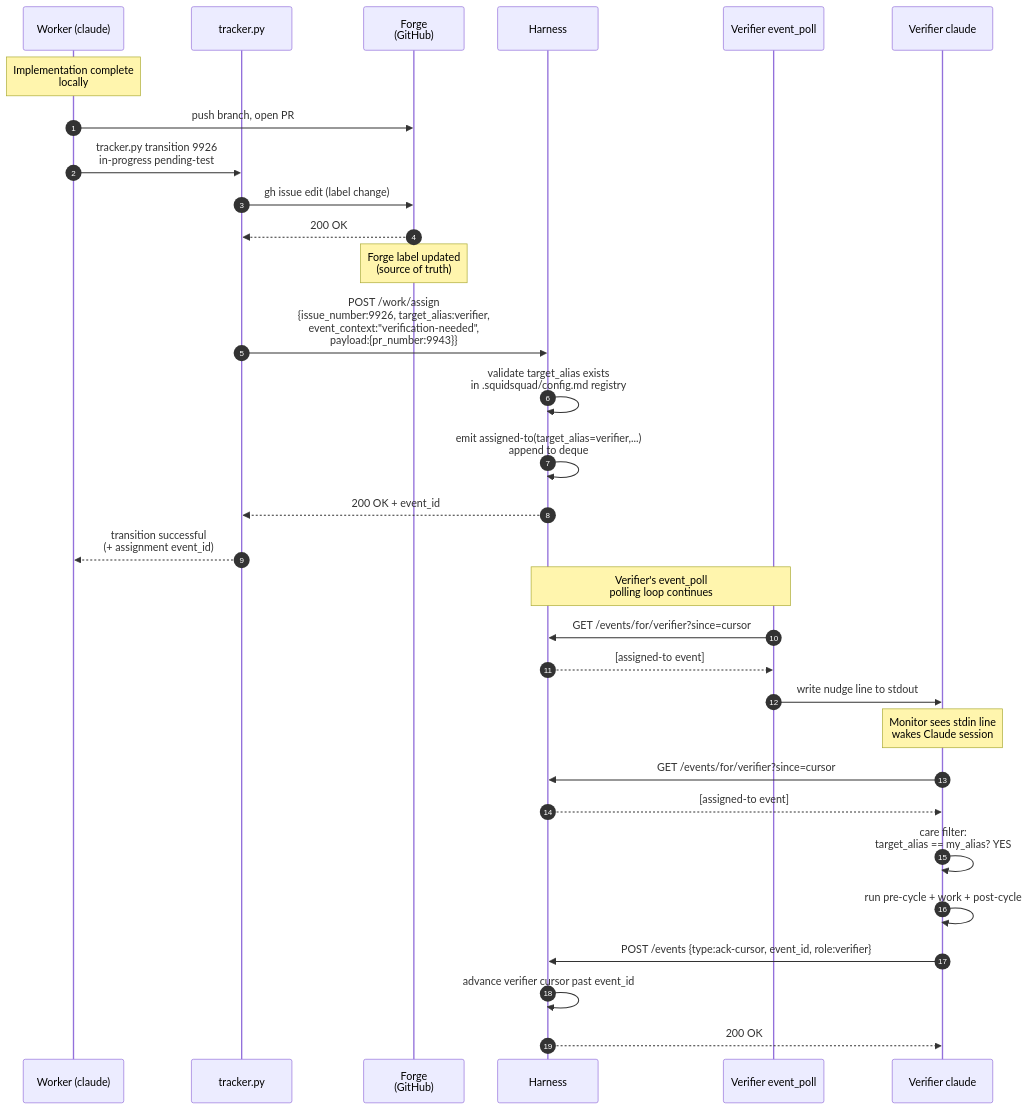
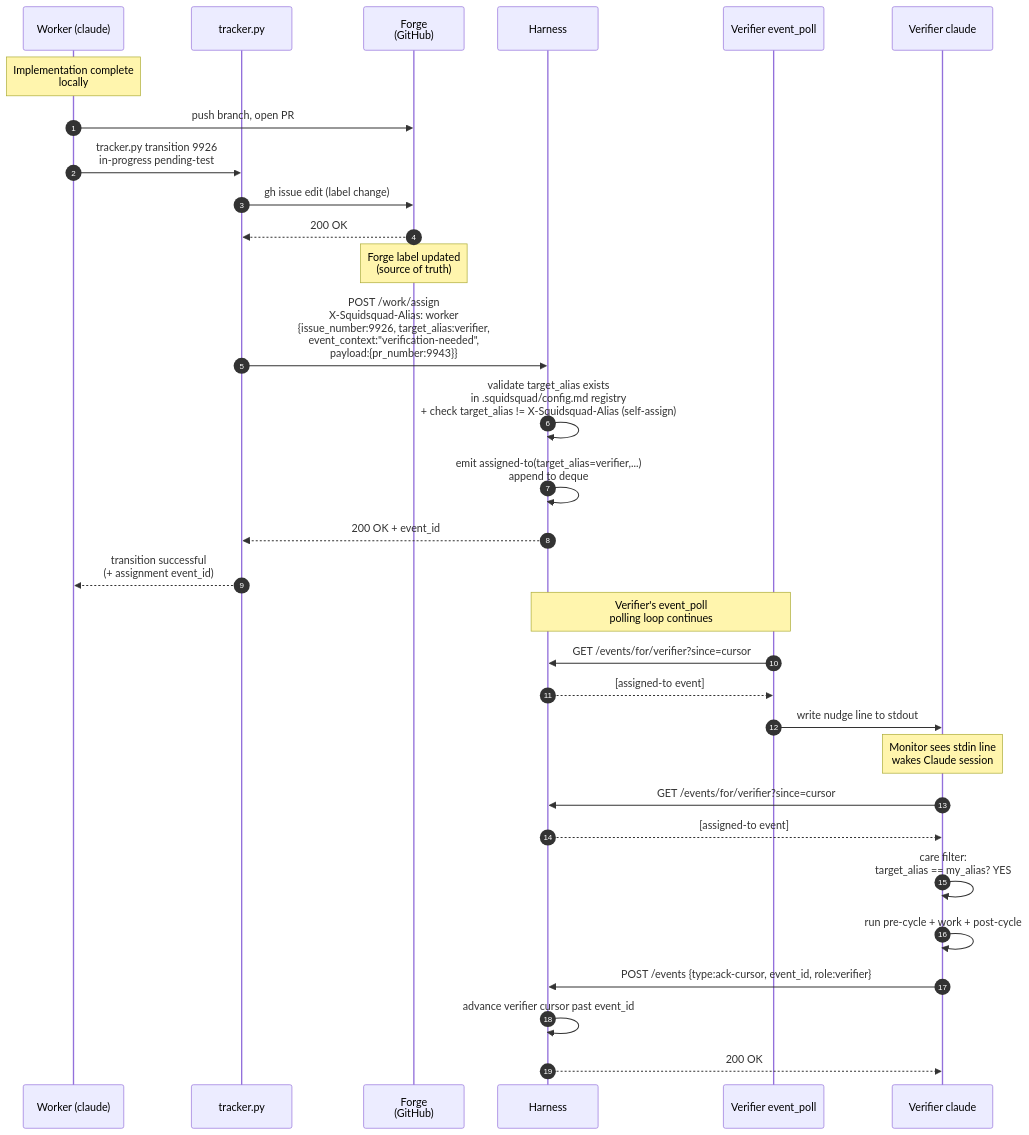
Diagram 12 of 15 in docs/AGENT-RUNTIME.md (WallyDoodlez/SquidSquad), drawn with Mermaid before and after one commit. The commit also changed other lines of this file, not shown here.

First line of the commit message:
docs: close Q13 — X-Squidsquad-Alias header is emitter identity

````diff
--- a/docs/AGENT-RUNTIME.md
+++ b/docs/AGENT-RUNTIME.md
@@ -854,38 +854,38 @@
 ```mermaid
 sequenceDiagram
     autonumber
     participant W as Worker (claude)
     participant TR as tracker.py
     participant F as Forge<br/>(GitHub)
     participant H as Harness
     participant VEP as Verifier event_poll
     participant VC as Verifier claude
 
     Note over W: Implementation complete<br/>locally
     W->>F: push branch, open PR #9943
 
     W->>TR: tracker.py transition 9926<br/>in-progress pending-test
     TR->>F: gh issue edit (label change)
     F-->>TR: 200 OK
     Note over F: Forge label updated<br/>(source of truth)
-    TR->>H: POST /work/assign<br/>{issue_number:9926, target_alias:verifier,<br/>event_context:"verification-needed",<br/>payload:{pr_number:9943}}
-    H->>H: validate target_alias exists<br/>in .squidsquad/config.md registry
+    TR->>H: POST /work/assign<br/>X-Squidsquad-Alias: worker<br/>{issue_number:9926, target_alias:verifier,<br/>event_context:"verification-needed",<br/>payload:{pr_number:9943}}
+    H->>H: validate target_alias exists<br/>in .squidsquad/config.md registry<br/>+ check target_alias != X-Squidsquad-Alias (self-assign)
     H->>H: emit assigned-to(target_alias=verifier,...)<br/>append to deque
     H-->>TR: 200 OK + event_id
     TR-->>W: transition successful<br/>(+ assignment event_id)
 
     Note over H,VEP: Verifier's event_poll<br/>polling loop continues
 
     VEP->>H: GET /events/for/verifier?since=cursor
     H-->>VEP: [assigned-to event]
     VEP->>VC: write nudge line to stdout
     Note over VC: Monitor sees stdin line<br/>wakes Claude session
 
     VC->>H: GET /events/for/verifier?since=cursor
     H-->>VC: [assigned-to event]
     VC->>VC: care filter:<br/>target_alias == my_alias? YES
     VC->>VC: run pre-cycle + work + post-cycle
     VC->>H: POST /events {type:ack-cursor, event_id, role:verifier}
     H->>H: advance verifier cursor past event_id
     H-->>VC: 200 OK
 ```
````
